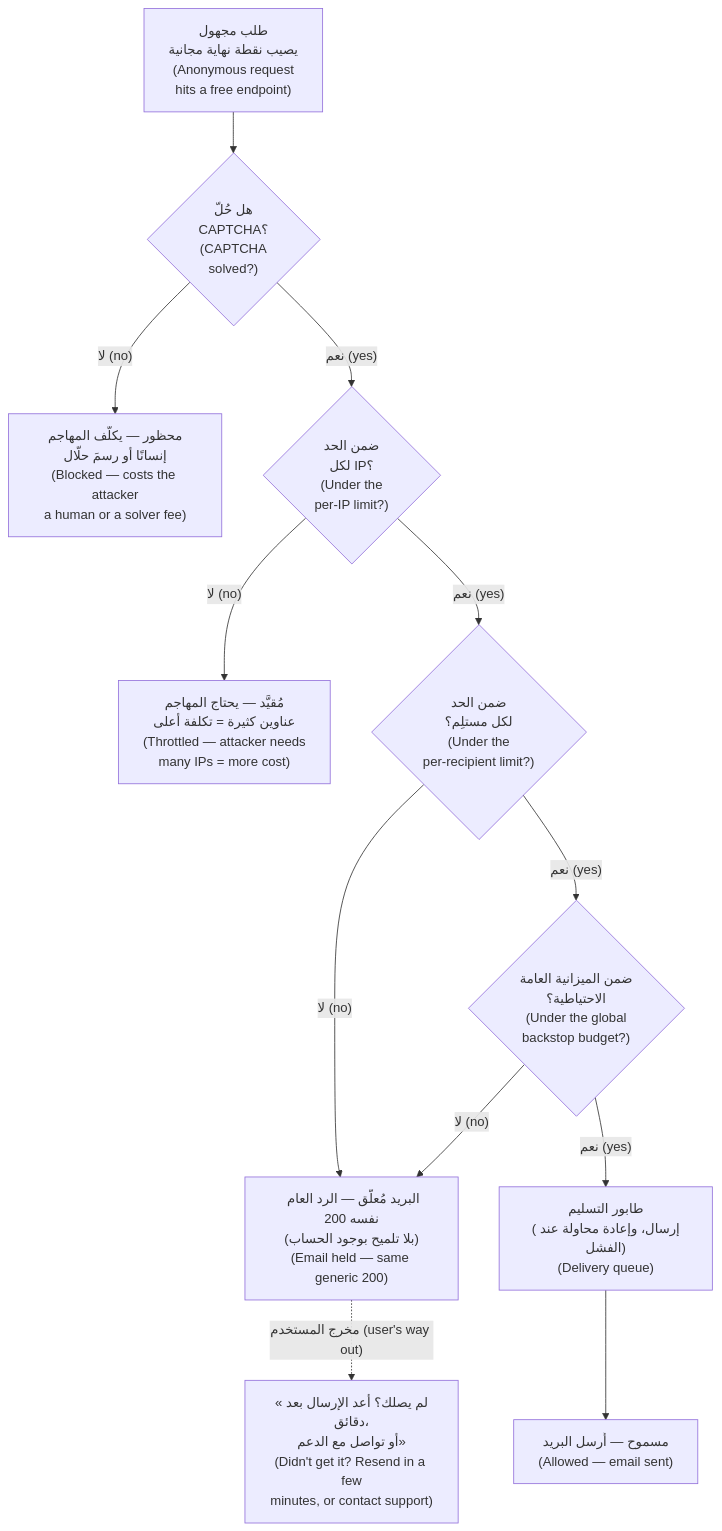
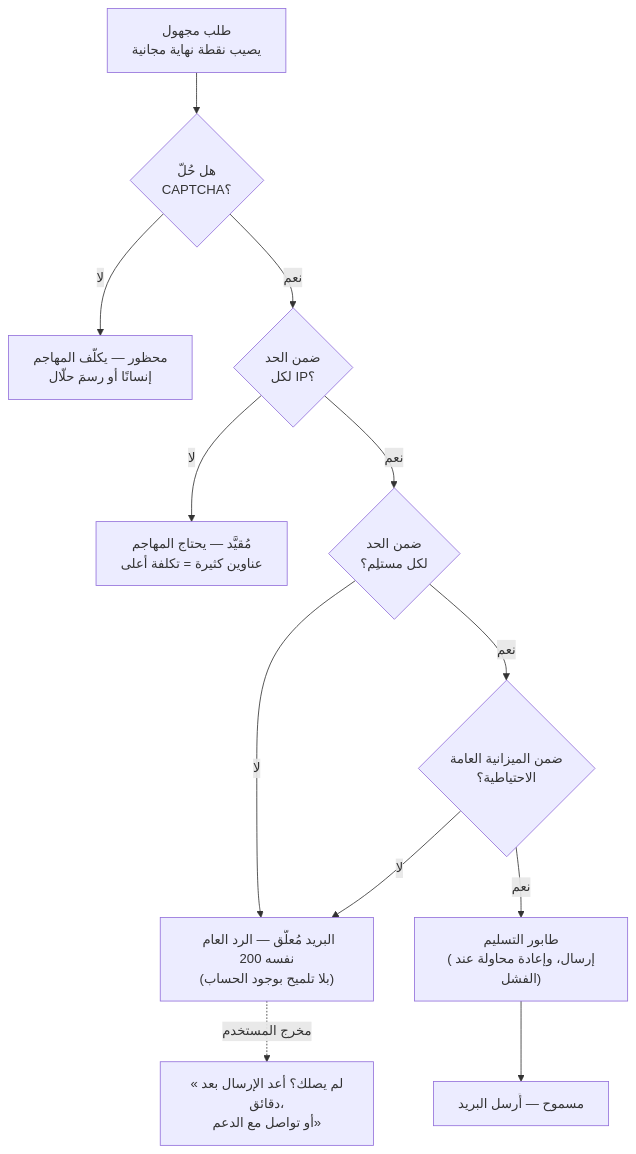
One commit to Tamoura/system-design-for-vibe-coders changed the first of 7 diagrams in modules/05-users-abuse/module.ar.md. Above: the diagram before and after it, drawn with Mermaid. The commit also changed other lines of this file and 551 other files, not shown here.

````diff
--- a/modules/05-users-abuse/module.ar.md
+++ b/modules/05-users-abuse/module.ar.md
@@ -49,14 +49,14 @@
 ```mermaid
 flowchart TD
-    A["طلب مجهول<br/>يصيب نقطة نهاية مجانية<br/>(Anonymous request<br/>hits a free endpoint)"] --> B{"هل حُلّ<br/>CAPTCHA؟<br/>(CAPTCHA<br/>solved?)"}
-    B -->|"لا (no)"| X["محظور — يكلّف المهاجم<br/>إنسانًا أو رسمَ حلّال<br/>(Blocked — costs the attacker<br/>a human or a solver fee)"]
-    B -->|"نعم (yes)"| C{"ضمن الحد<br/>لكل IP؟<br/>(Under the<br/>per-IP limit?)"}
-    C -->|"لا (no)"| X2["مُقيَّد — يحتاج المهاجم<br/>عناوين كثيرة = تكلفة أعلى<br/>(Throttled — attacker needs<br/>many IPs = more cost)"]
-    C -->|"نعم (yes)"| R{"ضمن الحد<br/>لكل مستلِم؟<br/>(Under the<br/>per-recipient limit?)"}
-    R -->|"لا (no)"| H["البريد مُعلَّق — الرد العام نفسه 200<br/>(بلا تلميح بوجود الحساب)<br/>(Email held — same generic 200)"]
-    R -->|"نعم (yes)"| D{"ضمن الميزانية العامة<br/>الاحتياطية؟<br/>(Under the global<br/>backstop budget?)"}
-    D -->|"لا (no)"| H
-    D -->|"نعم (yes)"| Q["طابور التسليم<br/>(إرسال، وإعادة محاولة عند الفشل)<br/>(Delivery queue)"]
-    Q --> E["مسموح — أُرسل البريد<br/>(Allowed — email sent)"]
-    H -.->|"مخرج المستخدم (user's way out)"| U["«لم يصلك؟ أعد الإرسال بعد دقائق،<br/>أو تواصل مع الدعم»<br/>(Didn't get it? Resend in a few<br/>minutes, or contact support)"]
+    A["طلب مجهول<br/>يصيب نقطة نهاية مجانية"] --> B{"هل حُلّ<br/>CAPTCHA؟"}
+    B -->|"لا"| X["محظور — يكلّف المهاجم<br/>إنسانًا أو رسمَ حلّال"]
+    B -->|"نعم"| C{"ضمن الحد<br/>لكل IP؟"}
+    C -->|"لا"| X2["مُقيَّد — يحتاج المهاجم<br/>عناوين كثيرة = تكلفة أعلى"]
+    C -->|"نعم"| R{"ضمن الحد<br/>لكل مستلِم؟"}
+    R -->|"لا"| H["البريد مُعلَّق — الرد العام نفسه 200<br/>(بلا تلميح بوجود الحساب)"]
+    R -->|"نعم"| D{"ضمن الميزانية العامة<br/>الاحتياطية؟"}
+    D -->|"لا"| H
+    D -->|"نعم"| Q["طابور التسليم<br/>(إرسال، وإعادة محاولة عند الفشل)"]
+    Q --> E["مسموح — أُرسل البريد"]
+    H -.->|"مخرج المستخدم"| U["«لم يصلك؟ أعد الإرسال بعد دقائق،<br/>أو تواصل مع الدعم»"]
 ```
````
